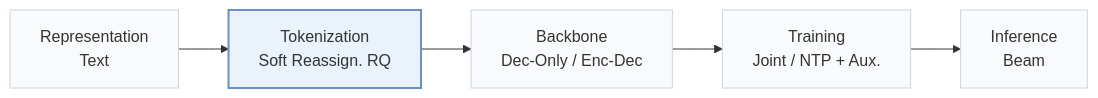
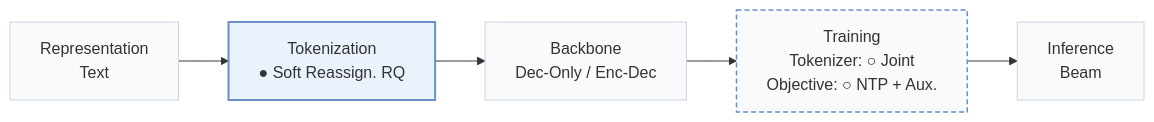
One commit to Galaxy-ghost/Awesome-SID-Generative-Rec changed the first of 2 diagrams in pages/papers/tracer.md. Above: the diagram before and after it, drawn with Mermaid. The commit also changed other lines of this file and 558 other files, not shown here.

````diff
--- a/pages/papers/tracer.md
+++ b/pages/papers/tracer.md
@@ -15,8 +18,10 @@
 ```mermaid
 flowchart LR
-    R["Representation<br/>Text"] --> T["Tokenization<br/>Soft Reassign. RQ"] --> B["Backbone<br/>Dec-Only / Enc-Dec"] --> TR["Training<br/>Joint / NTP + Aux."] --> I["Inference<br/>Beam"]
+    R["Representation<br/>Text"] --> T["Tokenization<br/>● Soft Reassign. RQ"] --> B["Backbone<br/>Dec-Only / Enc-Dec"] --> TR["Training<br/>Tokenizer: ○ Joint<br/>Objective: ○ NTP + Aux."] --> I["Inference<br/>Beam"]
     classDef base fill:#f8fafc,stroke:#cbd5e1
     class R,T,B,TR,I base
+    classDef other fill:#f8fafc,stroke:#6b8fc7,stroke-width:1.5px,stroke-dasharray:5 3
+    class TR other
     classDef main fill:#eaf2fb,stroke:#6b8fc7,stroke-width:2px
     class T main
 ```
````
